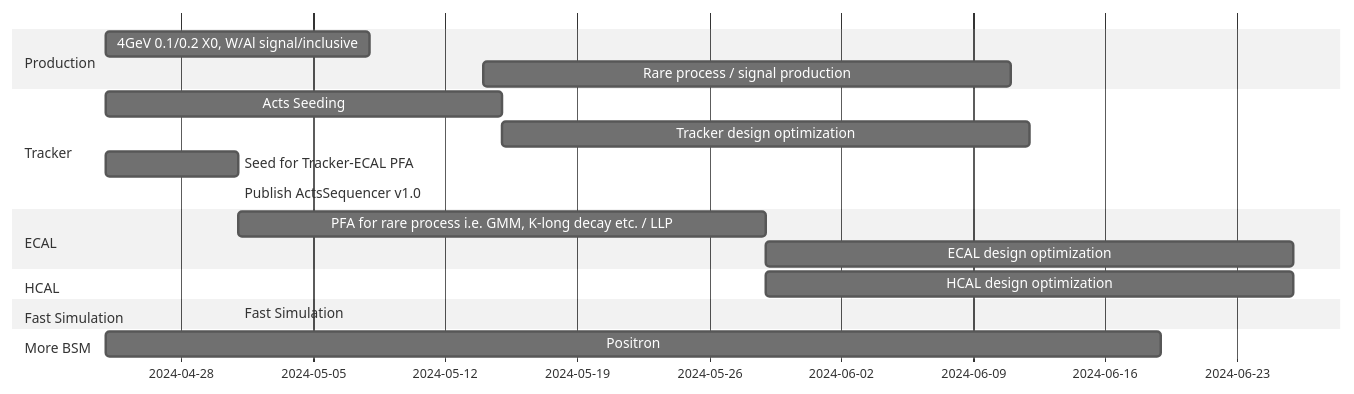
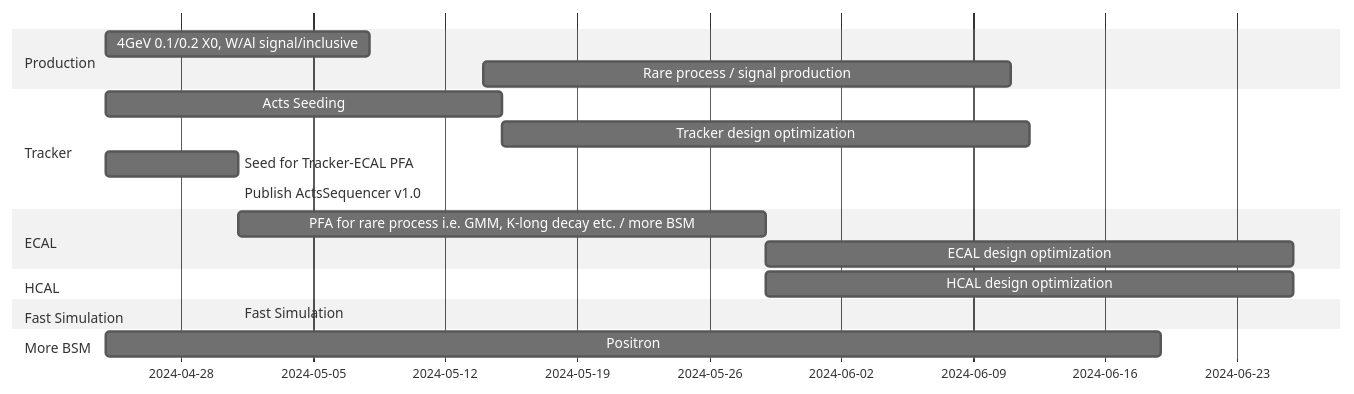
One commit to DarkSHINE-Slides-Xuliang/20240424-workshop changed the third of 3 diagrams in example.md. Above: the diagram before and after it, drawn with Mermaid (neutral theme). The commit also changed 1 other file, not shown here.

Commit message:
v1.0 fix

````diff
--- a/example.md
+++ b/example.md
@@ -376,21 +376,21 @@
 ```mermaid
 gantt
     dateFormat YYYY-MM-DD
     section Production
         4GeV 0.1/0.2 X0, W/Al signal/inclusive : 2024-04-24, 2w
         Rare process / signal production : 2024-05-14, 4w
     section Tracker
         Acts Seeding   : a1, 2024-04-24, 3w 
         Tracker design optimization : after a1, 4w
         Seed for Tracker-ECAL PFA :c1, 2024-04-24, 1w
         Publish ActsSequencer v1.0: after c1, 1h
     section ECAL
-        PFA for rare process i.e. GMM, K-long decay etc. / LLP : c2, after c1, 4w
+        PFA for rare process i.e. GMM, K-long decay etc. / more BSM : c2, after c1, 4w
         ECAL design optimization : c3, after c2, 4w
     section HCAL
         HCAL design optimization : after c2, 4w
     section Fast Simulation
         Fast Simulation : 2024-05-01
     section More BSM
         Positron :  2024-04-24, 8w
 ```
````
